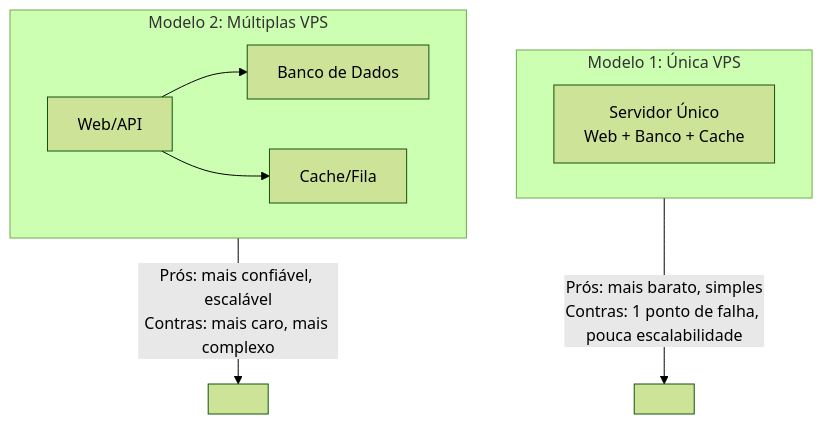
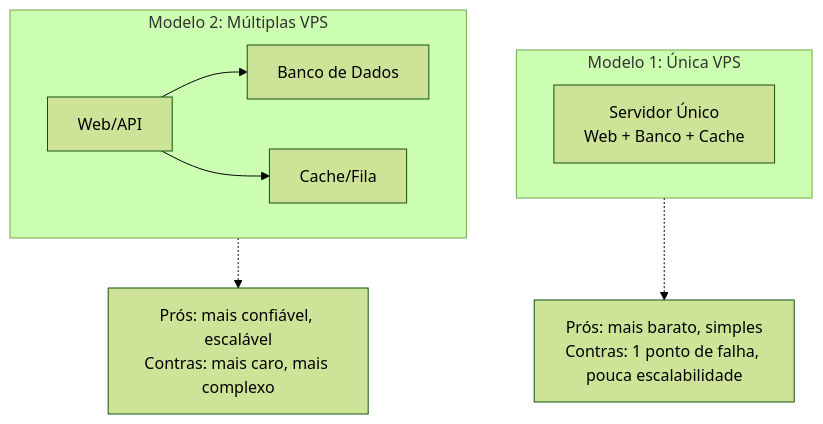
The second of 2 diagrams in README.md (dayvison06/jla_erp), drawn with Mermaid (forest theme) before and after one commit. The commit also changed other lines of this file, not shown here.

````diff
--- a/README.md
+++ b/README.md
@@ -10,17 +258,20 @@
 ```mermaid
 flowchart TB
-subgraph A[Modelo 1: Única VPS]
-A1[Servidor Único<br/>Web + Banco + Cache]
-end
+    subgraph A[Modelo 1: Única VPS]
+        A1[Servidor Único<br/>Web + Banco + Cache]
+    end
 
-subgraph B[Modelo 2: Múltiplas VPS]
-W2[Web/API]
-DB2[Banco de Dados]
-C2[Cache/Fila]
-W2 --> DB2
-W2 --> C2
-end
+    subgraph B[Modelo 2: Múltiplas VPS]
+        W2[Web/API]
+        DB2[Banco de Dados]
+        C2[Cache/Fila]
+        W2 --> DB2
+        W2 --> C2
+    end
 
-A -->|"Prós: mais barato, simples<br/>Contras: 1 ponto de falha, pouca escalabilidade"| noteA[ ]
-B -->|"Prós: mais confiável, escalável<br/>Contras: mais caro, mais complexo"| noteB[ ]
+    noteA[Prós: mais barato, simples<br/>Contras: 1 ponto de falha, pouca escalabilidade]
+    noteB[Prós: mais confiável, escalável<br/>Contras: mais caro, mais complexo]
+
+    A -.-> noteA
+    B -.-> noteB
 ```
````
